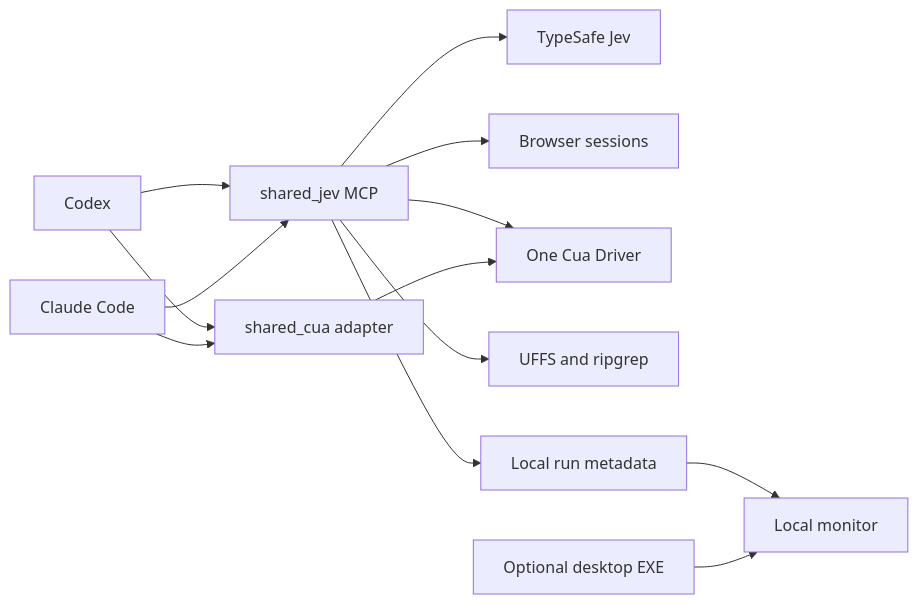
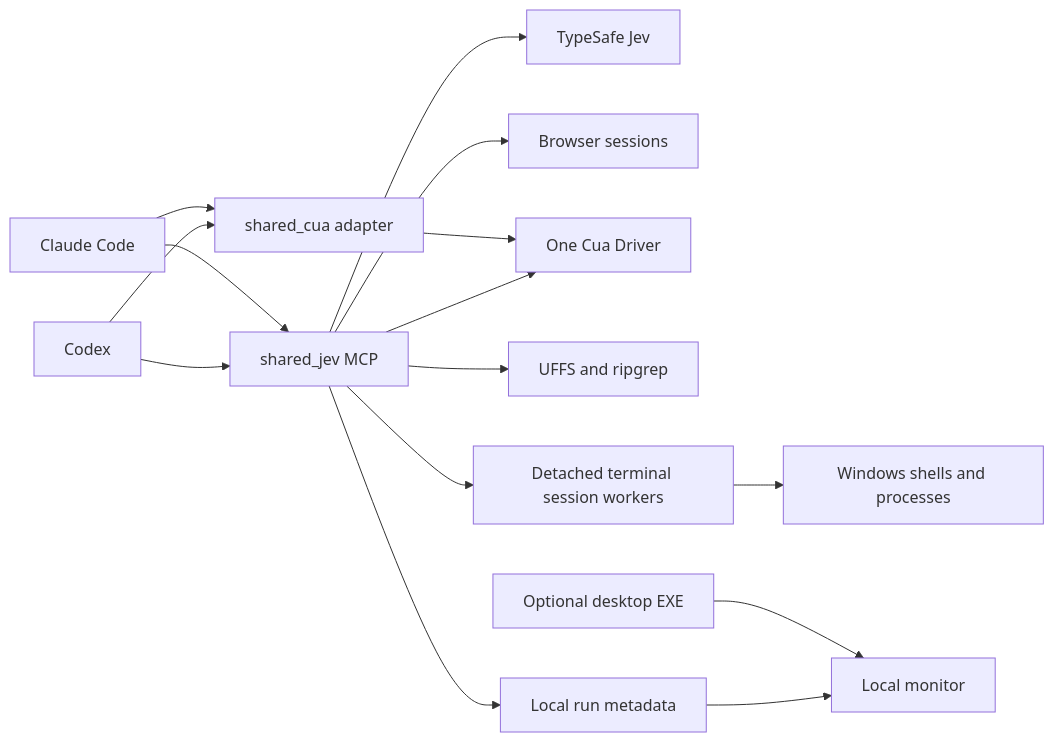
One commit to bhadkamkar9snehil/Nexus changed the diagram in README.md. Above: the diagram before and after it, drawn with Mermaid. The commit also changed other lines of this file and 26 other files, not shown here.

````diff
--- a/README.md
+++ b/README.md
@@ -149,15 +158,17 @@
 ```mermaid
 flowchart LR
   A[Codex] --> M[shared_jev MCP]
   B[Claude Code] --> M
   A --> C[shared_cua adapter]
   B --> C
   M --> J[TypeSafe Jev]
   M --> P[Browser sessions]
   M --> D[One Cua Driver]
   C --> D
   M --> F[UFFS and ripgrep]
   M --> L[Local run metadata]
+  M --> T[Detached terminal session workers]
+  T --> W[Windows shells and processes]
   L --> U[Local monitor]
   E[Optional desktop EXE] --> U
 ```
````
